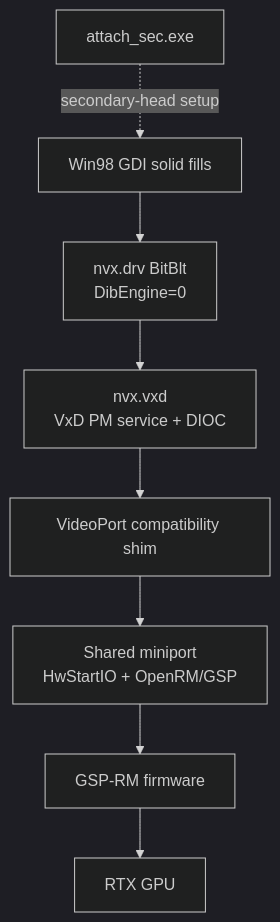
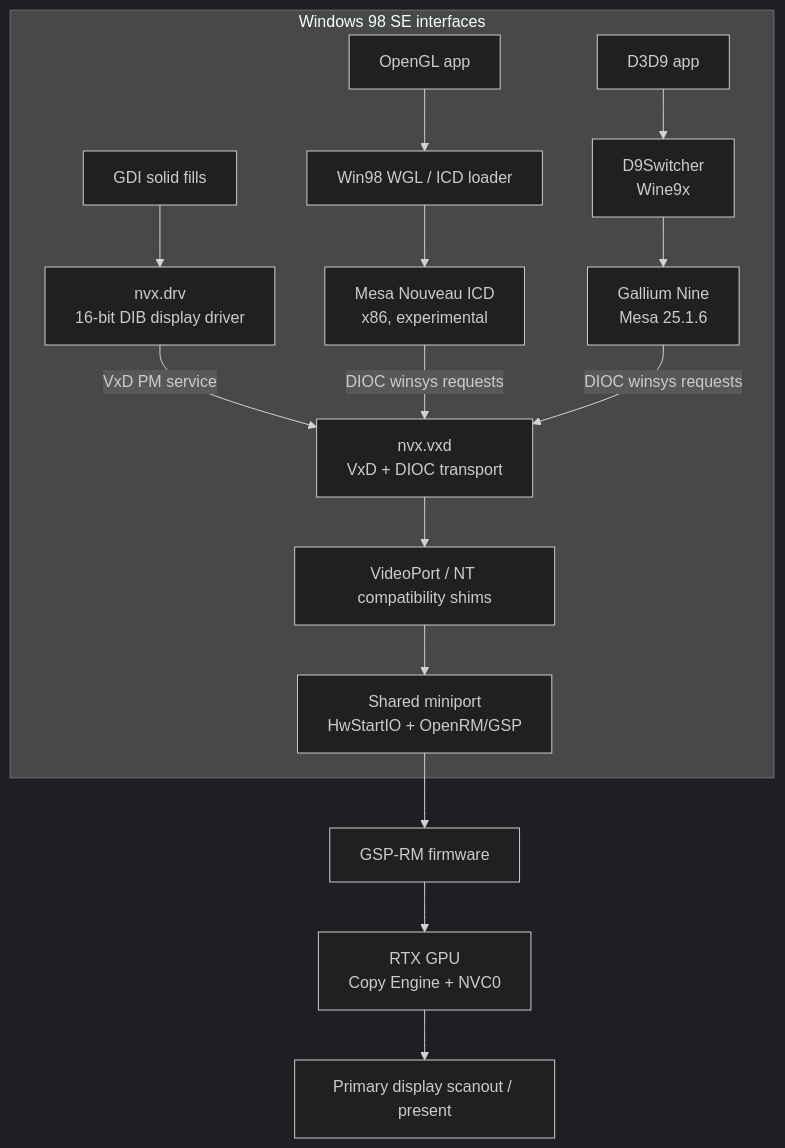
The third of 3 diagrams in README.md (sanjayseshan/open_nvx_windows), drawn with Mermaid (dark theme) before and after one commit. The commit also changed other lines of this file and 27 other files, not shown here.

Commit message:
win98: prepare experimental 4.0.0.45 release

````diff
--- a/README.md
+++ b/README.md
@@ -127,10 +127,18 @@
 ```mermaid
 flowchart TB
-  APP[Win98 GDI solid fills] --> DIB[nvx.drv BitBlt<br/>DibEngine=0]
-  DIB --> VXD[nvx.vxd<br/>VxD PM service + DIOC]
-  VXD --> SHIM[VideoPort compatibility shim]
-  SHIM --> CORE[Shared miniport<br/>HwStartIO + OpenRM/GSP]
+  subgraph Win98[Windows 98 SE interfaces]
+    GDI[GDI solid fills] --> DIB[nvx.drv<br/>16-bit DIB display driver]
+    APPGL[OpenGL app] --> WGL[Win98 WGL / ICD loader]
+    WGL --> ICD[Mesa Nouveau ICD<br/>x86, experimental]
+    APP9[D3D9 app] --> SW[D9Switcher<br/>Wine9x]
+    SW --> NINE[Gallium Nine<br/>Mesa 25.1.6]
+    DIB -->|VxD PM service| VXD[nvx.vxd<br/>VxD + DIOC transport]
+    ICD -->|DIOC winsys requests| VXD
+    NINE -->|DIOC winsys requests| VXD
+    VXD --> SHIM[VideoPort / NT compatibility shims]
+    SHIM --> CORE[Shared miniport<br/>HwStartIO + OpenRM/GSP]
+  end
   CORE --> RM[GSP-RM firmware]
-  RM --> GPU[RTX GPU]
-  UTIL[attach_sec.exe] -. secondary-head setup .-> APP
+  RM --> GPU[RTX GPU<br/>Copy Engine + NVC0]
+  GPU --> DISP[Primary display scanout / present]
 ```
````
